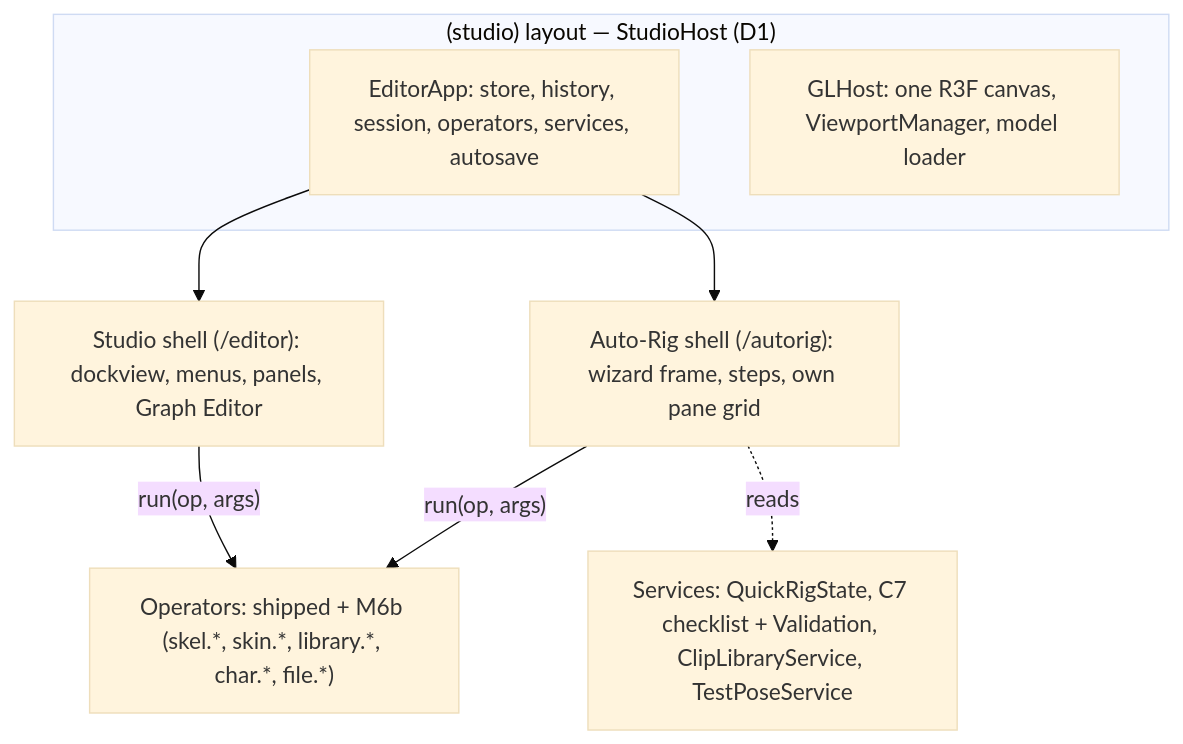
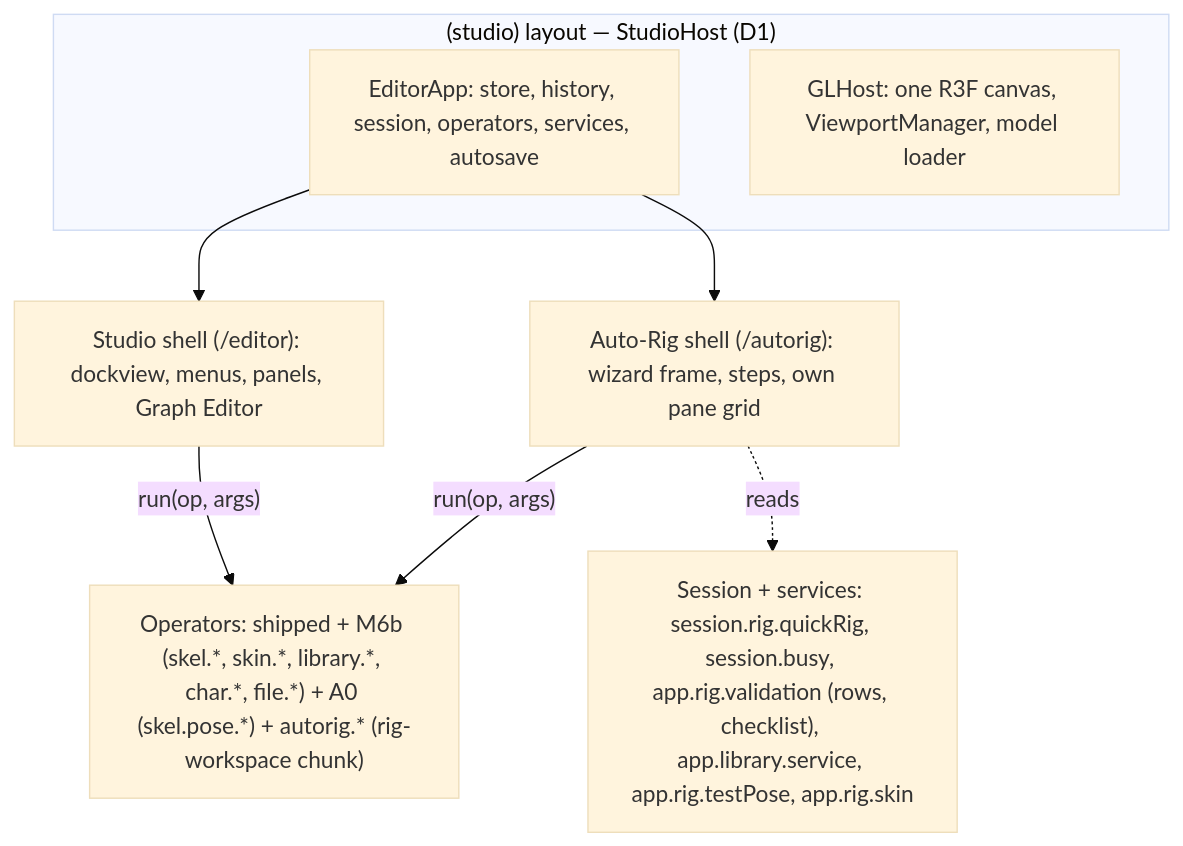
Before and after one commit to ekza-space/ekza-animator: the first of 2 diagrams in docs/AUTORIG-SPEC.md, drawn with Mermaid (base theme). The commit also changed other lines of this file and 2 other files, not shown here.

First line of the commit message:
docs(autorig): spec v0.2 against the merged M6b MVP, A-pose package A0

````diff
--- a/docs/AUTORIG-SPEC.md
+++ b/docs/AUTORIG-SPEC.md
@@ -169,12 +185,12 @@
 ```mermaid
 flowchart TB
   subgraph host["(studio) layout — StudioHost (D1)"]
     APP["EditorApp: store, history, session, operators, services, autosave"]
     GL["GLHost: one R3F canvas, ViewportManager, model loader"]
   end
   APP --> SS["Studio shell (/editor): dockview, menus, panels, Graph Editor"]
   APP --> AS["Auto-Rig shell (/autorig): wizard frame, steps, own pane grid"]
-  AS -- "run(op, args)" --> OPS["Operators: shipped + M6b (skel.*, skin.*, library.*, char.*, file.*)"]
+  AS -- "run(op, args)" --> OPS["Operators: shipped + M6b (skel.*, skin.*, library.*, char.*, file.*) + A0 (skel.pose.*) + autorig.* (rig-workspace chunk)"]
   SS -- "run(op, args)" --> OPS
-  AS -. "reads" .-> SVC["Services: QuickRigState, C7 checklist + Validation, ClipLibraryService, TestPoseService"]
+  AS -. "reads" .-> SVC["Session + services: session.rig.quickRig, session.busy, app.rig.validation (rows, checklist), app.library.service, app.rig.testPose, app.rig.skin"]
 ```
````
